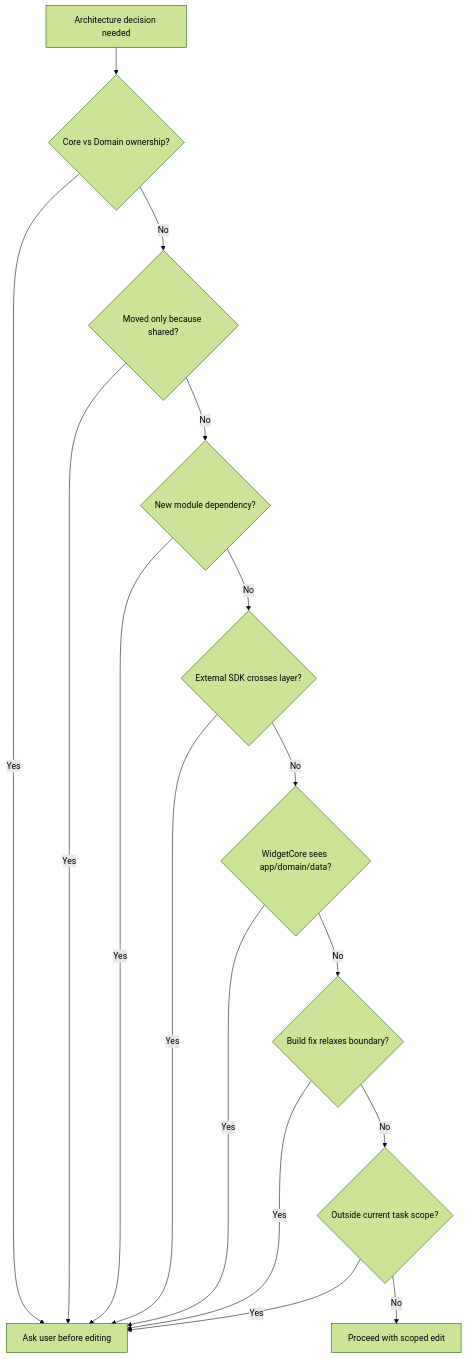
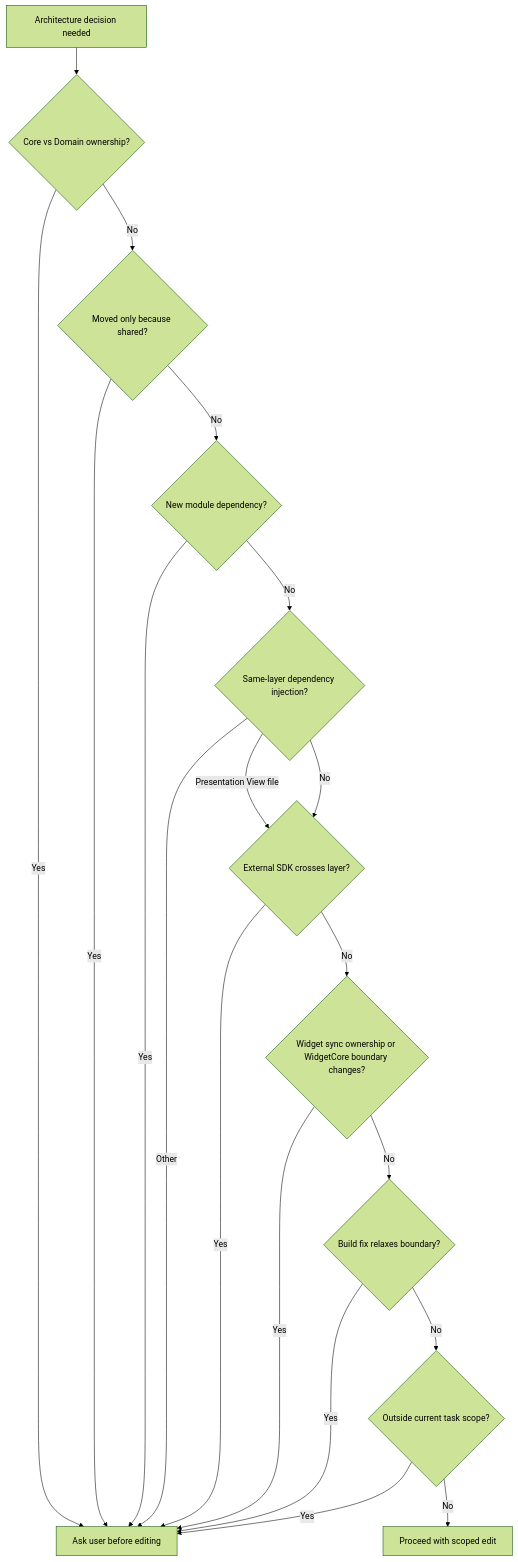
Before and after one commit to opficdev/DevLog_iOS: the fifth of 9 diagrams in .hermes/skills/devlog-architecture-harness/references/devlog-architecture-flow.md, drawn with Mermaid (forest theme). The commit also changed other lines of this file and 5 other files, not shown here.

````diff
--- a/.hermes/skills/devlog-architecture-harness/references/devlog-architecture-flow.md
+++ b/.hermes/skills/devlog-architecture-harness/references/devlog-architecture-flow.md
@@ -155,29 +172,33 @@
 ```mermaid
 flowchart TD
 	Check["Architecture decision needed"]
 	CoreDomain{"Core vs Domain ownership?"}
 	Shared{"Moved only because shared?"}
 	NewDependency{"New module dependency?"}
+	SameLayerDI{"Same-layer dependency injection?"}
 	ExternalSDK{"External SDK crosses layer?"}
-	WidgetBoundary{"WidgetCore sees app/domain/data?"}
+	WidgetBoundary{"Widget sync ownership or WidgetCore boundary changes?"}
 	BuildShortcut{"Build fix relaxes boundary?"}
 	ScopeDrift{"Outside current task scope?"}
 	Ask["Ask user before editing"]
 	Proceed["Proceed with scoped edit"]
 
 	Check --> CoreDomain
 	CoreDomain -->|Yes| Ask
 	CoreDomain -->|No| Shared
 	Shared -->|Yes| Ask
 	Shared -->|No| NewDependency
 	NewDependency -->|Yes| Ask
-	NewDependency -->|No| ExternalSDK
+	NewDependency -->|No| SameLayerDI
+	SameLayerDI -->|Presentation View file| ExternalSDK
+	SameLayerDI -->|No| ExternalSDK
+	SameLayerDI -->|Other| Ask
 	ExternalSDK -->|Yes| Ask
 	ExternalSDK -->|No| WidgetBoundary
 	WidgetBoundary -->|Yes| Ask
 	WidgetBoundary -->|No| BuildShortcut
 	BuildShortcut -->|Yes| Ask
 	BuildShortcut -->|No| ScopeDrift
 	ScopeDrift -->|Yes| Ask
 	ScopeDrift -->|No| Proceed
 ```
````
